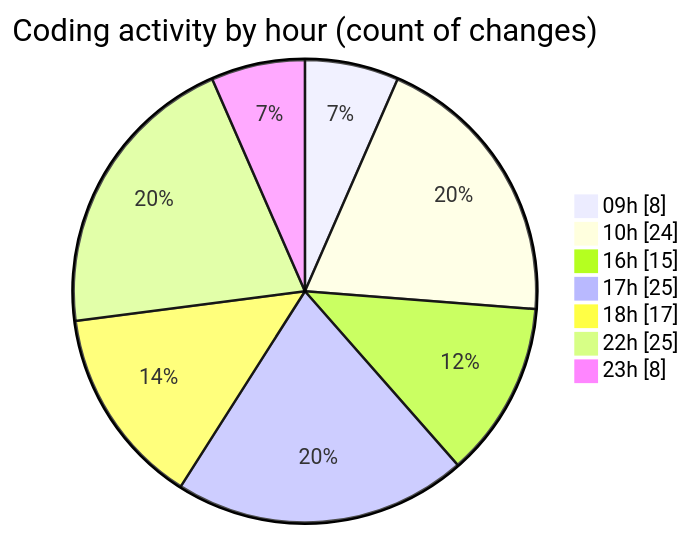
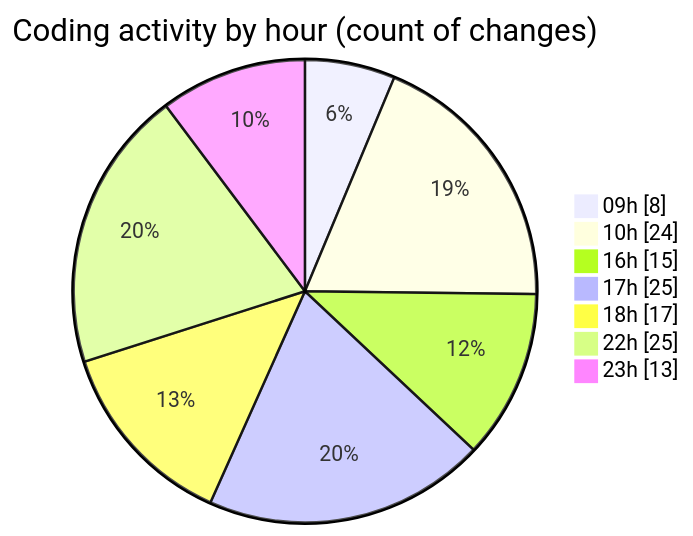
Before and after one commit to julien-gomy/code-tracking: the second of 2 diagrams in 2025-10-09/eventscop-frontend-guide__workspace_/README.md, drawn with Mermaid. The commit also changed other lines of this file and 1 other file, not shown here.

````diff
--- a/2025-10-09/eventscop-frontend-guide__workspace_/README.md
+++ b/2025-10-09/eventscop-frontend-guide__workspace_/README.md
@@ -69,11 +70,11 @@
 ```mermaid
 pie showData
 title Coding activity by hour (count of changes)
 "09h" : 8
 "10h" : 24
 "16h" : 15
 "17h" : 25
 "18h" : 17
 "22h" : 25
-"23h" : 8
+"23h" : 13
 ```
````
